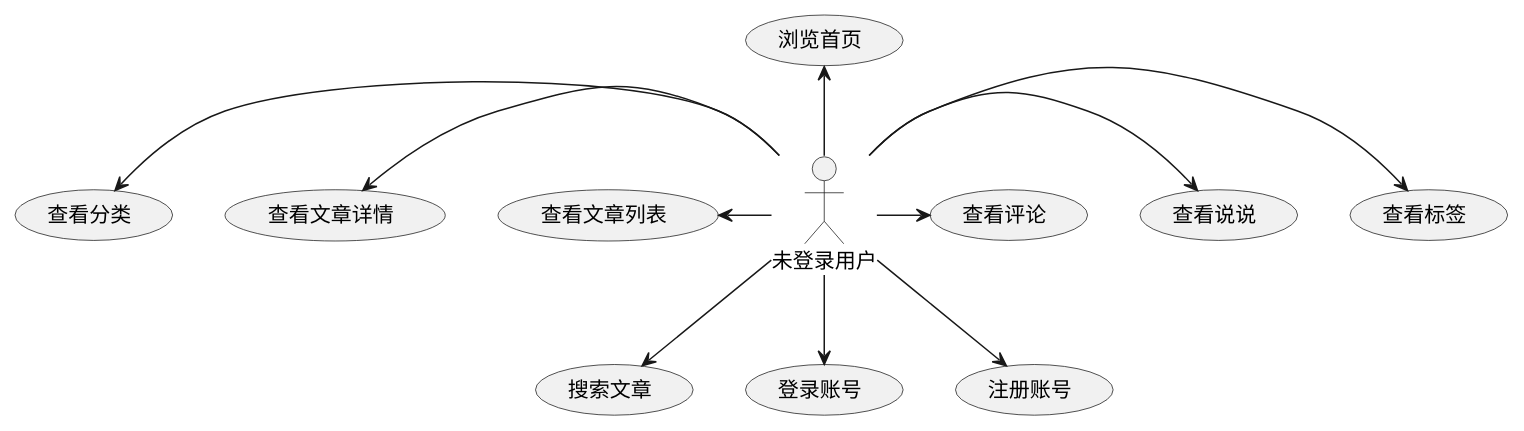
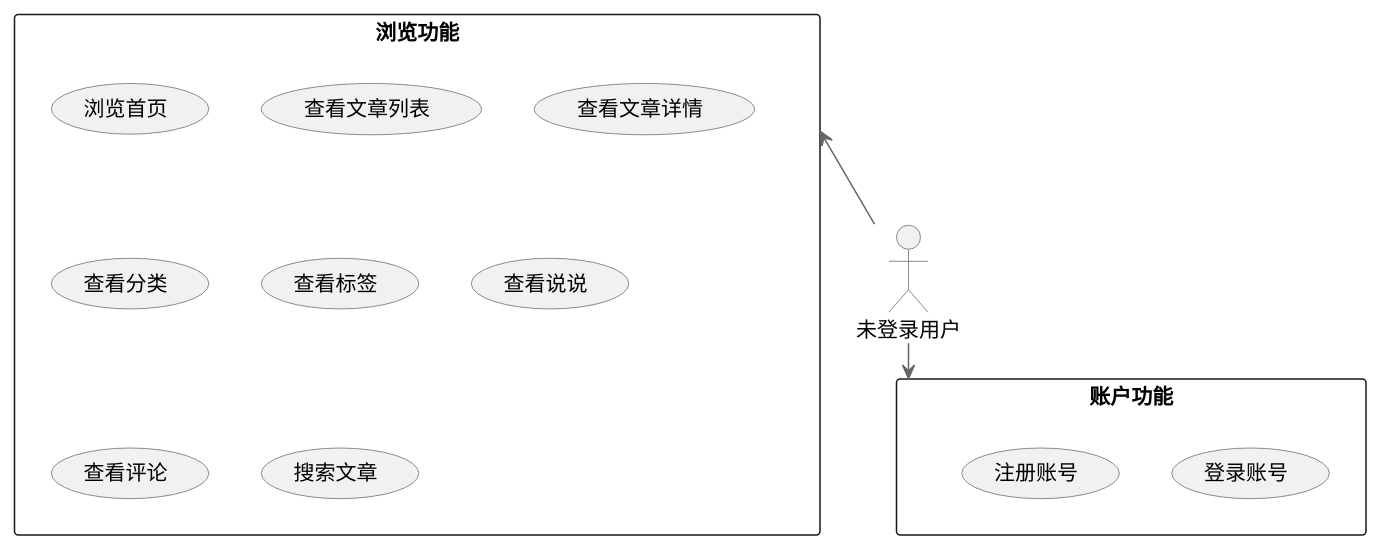
The diagram in unlogged_user_usecase.puml (yello-rush/-springvue-), drawn with PlantUML before and after one commit. The commit also changed 2 other files, not shown here.

```diff
--- a/unlogged_user_usecase.puml
+++ b/unlogged_user_usecase.puml
@@ -1,37 +1,40 @@
 @startuml
 
 ' 未登录用户功能用例图
 
 skinparam backgroundColor white
 skinparam handwritten false
 skinparam shadowing false
 skinparam packageStyle rectangle
+skinparam arrowColor #666666
+skinparam usecaseBorderColor #666666
+skinparam actorBorderColor #666666
 
 ' 角色居中
 actor "未登录用户" as UnloggedUser
 
-' 功能模块围绕四周
-usecase "浏览首页" as BrowseHome
-usecase "查看文章列表" as ViewArticleList
-usecase "查看文章详情" as ViewArticleDetail
-usecase "查看分类" as ViewCategories
-usecase "查看标签" as ViewTags
-usecase "查看说说" as ViewMoments
-usecase "查看评论" as ViewComments
-usecase "搜索文章" as SearchArticles
-usecase "登录账号" as Login
-usecase "注册账号" as Register
+' 功能模块围绕四周 - 使用包组织相关功能
 
-' 连接角色与用例，使用方向箭头控制位置
-UnloggedUser -up-> BrowseHome
-UnloggedUser -left-> ViewArticleList
-UnloggedUser -left-> ViewArticleDetail
-UnloggedUser -left-> ViewCategories
-UnloggedUser -right-> ViewTags
-UnloggedUser -right-> ViewMoments
-UnloggedUser -right-> ViewComments
-UnloggedUser -down-> SearchArticles
-UnloggedUser -down-> Login
-UnloggedUser -down-> Register
+' 上方：浏览功能
+package "浏览功能" {
+    usecase "浏览首页" as BrowseHome
+    usecase "查看文章列表" as ViewArticleList
+    usecase "查看文章详情" as ViewArticleDetail
+    usecase "查看分类" as ViewCategories
+    usecase "查看标签" as ViewTags
+    usecase "查看说说" as ViewMoments
+    usecase "查看评论" as ViewComments
+    usecase "搜索文章" as SearchArticles
+}
+
+' 下方：账户功能
+package "账户功能" {
+    usecase "登录账号" as Login
+    usecase "注册账号" as Register
+}
+
+' 连接角色与包，使用方向箭头控制位置
+UnloggedUser -up-> "浏览功能"
+UnloggedUser -down-> "账户功能"
 
 @enduml
```
